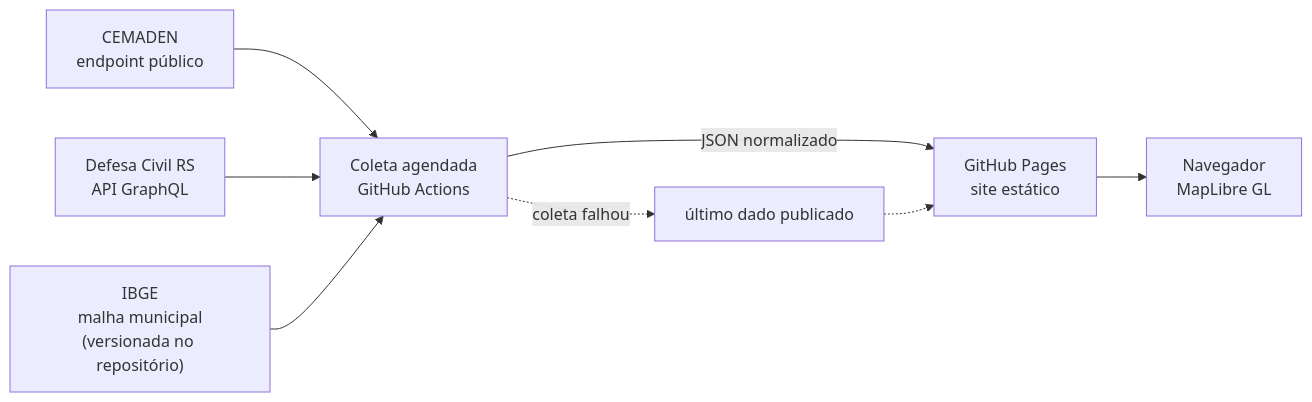
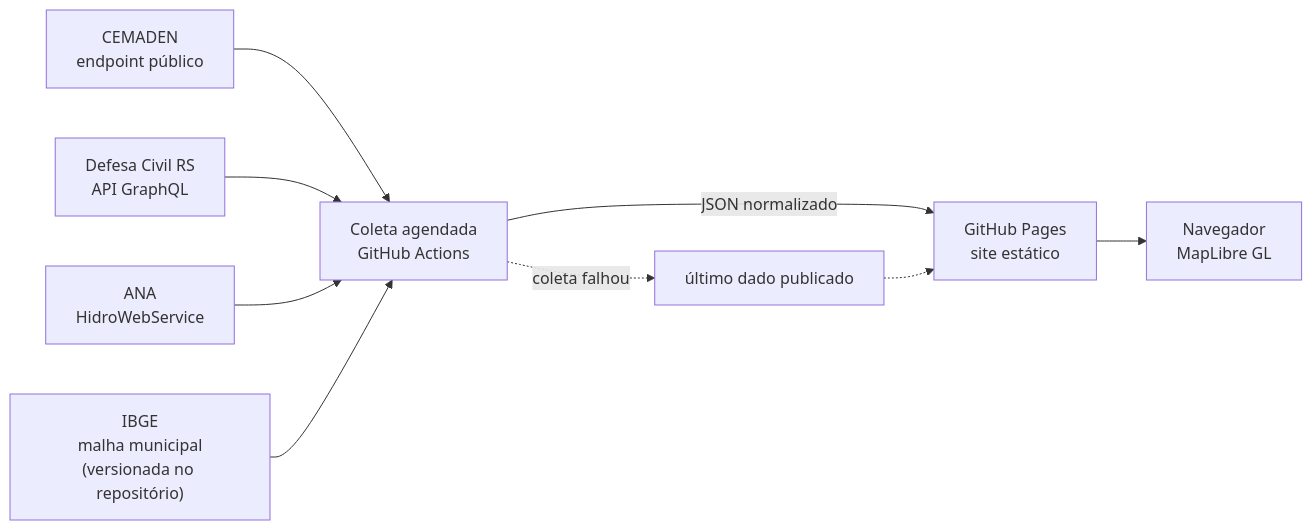
The diagram in docs/arquitetura.md (lukinas1417/radar-chuva-rs), drawn with Mermaid before and after one commit. The commit also changed other lines of this file and 10 other files, not shown here.

First line of the commit message:
Rios da ANA (HidroWebService): cota e variação de ~300 estações, sem classificação de risco

````diff
--- a/docs/arquitetura.md
+++ b/docs/arquitetura.md
@@ -19,10 +20,11 @@
 ```mermaid
 flowchart LR
     CEM["CEMADEN<br/>endpoint público"] --> COL
     DCRS["Defesa Civil RS<br/>API GraphQL"] --> COL
+    ANA["ANA<br/>HidroWebService"] --> COL
     IBGE["IBGE<br/>malha municipal<br/>(versionada no repositório)"] --> COL
     COL["Coleta agendada<br/>GitHub Actions"] -->|JSON normalizado| SITE["GitHub Pages<br/>site estático"]
     COL -. coleta falhou .-> ULT["último dado publicado"]
     ULT -.-> SITE
     SITE --> NAV["Navegador<br/>MapLibre GL"]
 ```
````
